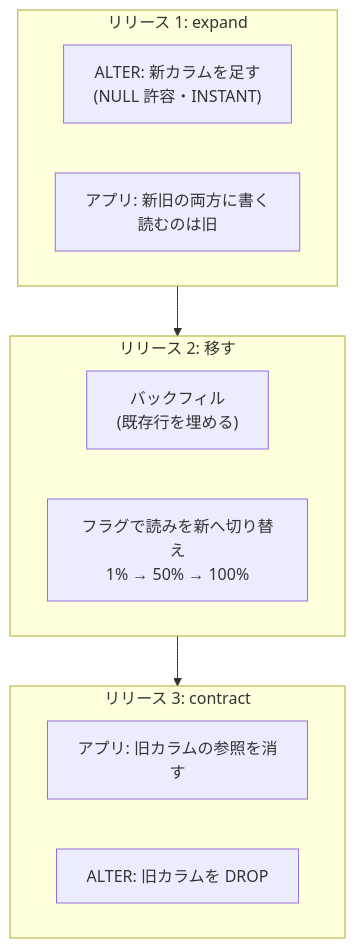
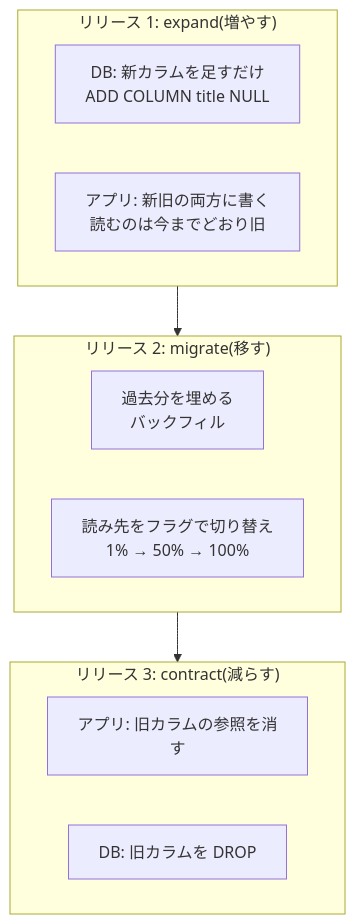
The fourth of 14 diagrams in src/content/blog/online-migration-and-deploy-isolation.mdx (rikukaInoue/rikukadev), drawn with Mermaid before and after one commit. The commit also changed other lines of this file, not shown here.

````diff
--- a/src/content/blog/online-migration-and-deploy-isolation.mdx
+++ b/src/content/blog/online-migration-and-deploy-isolation.mdx
@@ -106,16 +184,16 @@
 ```mermaid
 graph TB
-    subgraph R1["リリース 1: expand"]
-        E1["ALTER: 新カラムを足す<br/>(NULL 許容・INSTANT)"]
-        E2["アプリ: 新旧の両方に書く<br/>読むのは旧"]
+    subgraph R1["リリース 1: expand(増やす)"]
+        E1["DB: 新カラムを足すだけ<br/>ADD COLUMN title NULL"]
+        E2["アプリ: 新旧の両方に書く<br/>読むのは今までどおり旧"]
     end
-    subgraph R2["リリース 2: 移す"]
-        B1["バックフィル<br/>(既存行を埋める)"]
-        B2["フラグで読みを新へ切り替え<br/>1% → 50% → 100%"]
+    subgraph R2["リリース 2: migrate(移す)"]
+        B1["過去分を埋める<br/>バックフィル"]
+        B2["読み先をフラグで切り替え<br/>1% → 50% → 100%"]
     end
-    subgraph R3["リリース 3: contract"]
+    subgraph R3["リリース 3: contract(減らす)"]
         C1["アプリ: 旧カラムの参照を消す"]
-        C2["ALTER: 旧カラムを DROP"]
+        C2["DB: 旧カラムを DROP"]
     end
     R1 --> R2 --> R3
 ```
````
